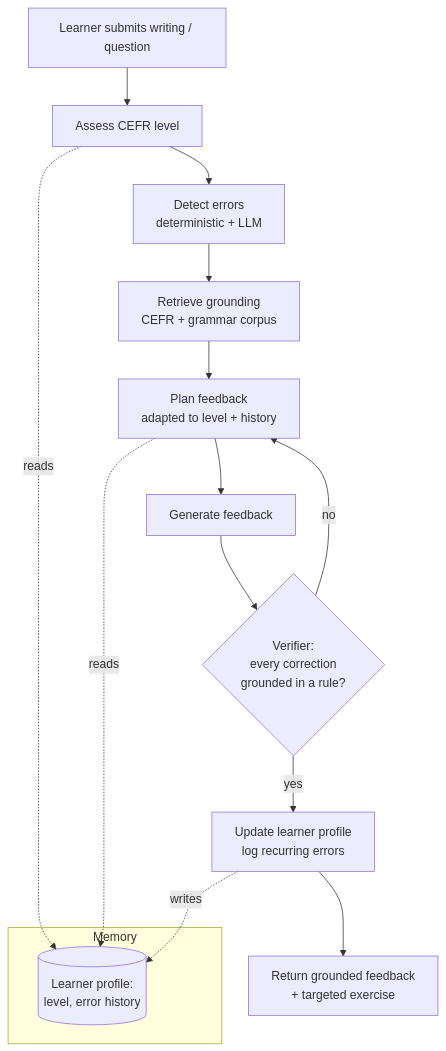
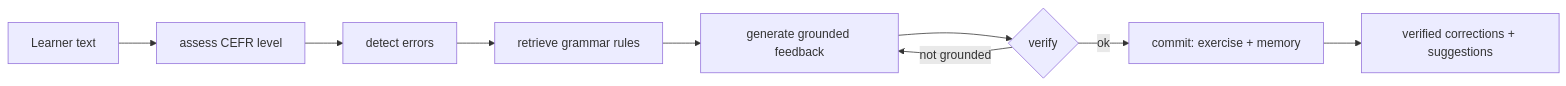
The diagram in README.md (Mj-myhub/parla), drawn with Mermaid before and after one commit. The commit also changed other lines of this file, not shown here.

````diff
--- a/README.md
+++ b/README.md
@@ -65,19 +34,11 @@
 ```mermaid
-flowchart TD
-    U[Learner submits writing / question] --> A[Assess CEFR level]
-    A --> D[Detect errors<br/>deterministic + LLM]
-    D --> R[Retrieve grounding<br/>CEFR + grammar corpus]
-    R --> P[Plan feedback<br/>adapted to level + history]
-    P --> G[Generate feedback]
-    G --> V{Verifier:<br/>every correction<br/>grounded in a rule?}
-    V -- no --> P
-    V -- yes --> M[Update learner profile<br/>log recurring errors]
-    M --> O[Return grounded feedback<br/>+ targeted exercise]
-
-    subgraph Memory
-      LP[(Learner profile:<br/>level, error history)]
-    end
-    A -.reads.-> LP
-    P -.reads.-> LP
-    M -.writes.-> LP
+flowchart LR
+    U[Learner text] --> A[assess CEFR level]
+    A --> D[detect errors]
+    D --> R[retrieve grammar rules]
+    R --> P[generate grounded feedback]
+    P --> V{verify}
+    V -- not grounded --> P
+    V -- ok --> C[commit: exercise + memory]
+    C --> O[verified corrections + suggestions]
 ```
````
